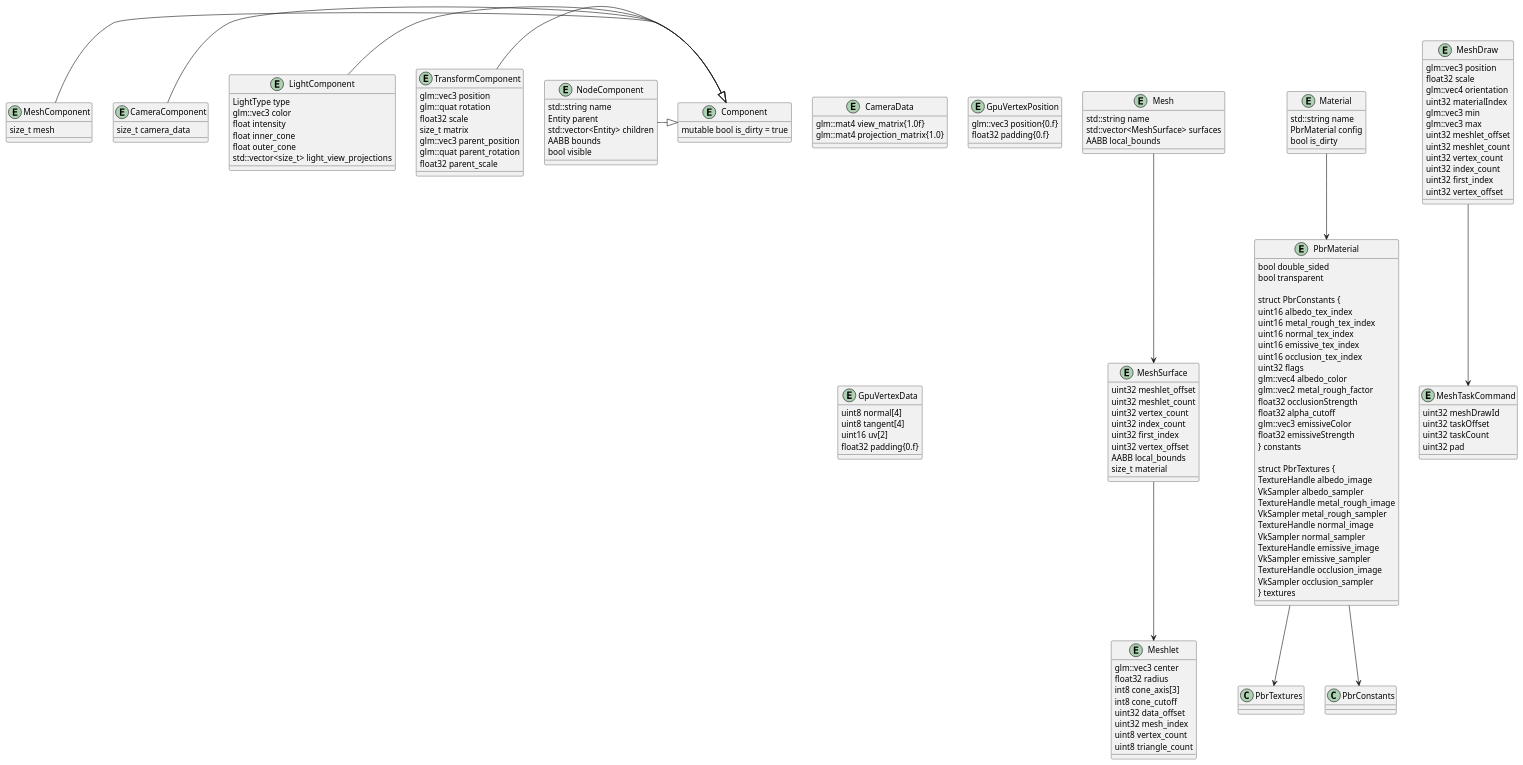
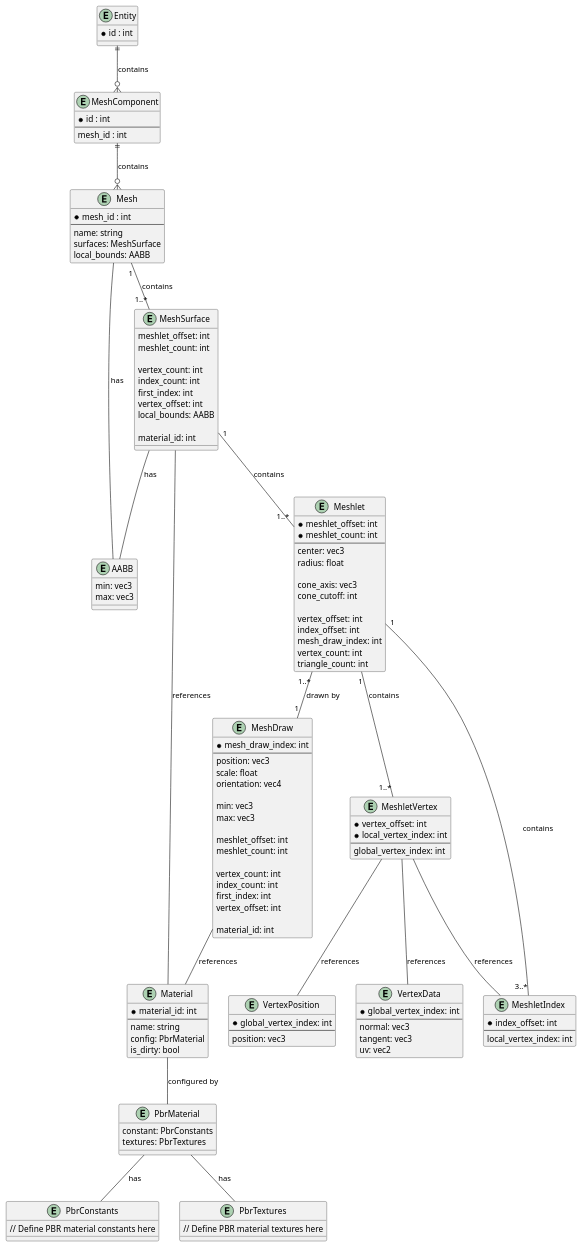
The diagram in source/gestalt/EntityRelations.puml (Masdaofdisasda/GestaltEngine), drawn with PlantUML before and after one commit. The commit also changed 1 other file, not shown here.

Commit message:
mesh shader fixed indexing

```diff
--- a/source/gestalt/EntityRelations.puml
+++ b/source/gestalt/EntityRelations.puml
@@ -1,161 +1,146 @@
 @startuml
 
-entity "Meshlet" {
-  glm::vec3 center
-  float32 radius
-  int8 cone_axis[3]
-  int8 cone_cutoff
-  uint32 data_offset
-  uint32 mesh_index
-  uint8 vertex_count
-  uint8 triangle_count
+entity Entity {
+    *id : int
 }
 
-entity "MeshSurface" {
-  uint32 meshlet_offset
-  uint32 meshlet_count
-  uint32 vertex_count
-  uint32 index_count
-  uint32 first_index
-  uint32 vertex_offset
-  AABB local_bounds
-  size_t material
+entity MeshComponent {
+    *id : int
+    --
+    mesh_id : int
 }
 
-entity "Component" {
-  mutable bool is_dirty = true
+entity Mesh {
+  *mesh_id : int
+  --
+  name: string
+  surfaces: MeshSurface
+  local_bounds: AABB
 }
 
-entity "MeshComponent" {
-  size_t mesh
+entity MeshSurface {
+  meshlet_offset: int
+  meshlet_count: int
+
+  vertex_count: int
+  index_count: int
+  first_index: int
+  vertex_offset: int
+  local_bounds: AABB
+  
+  material_id: int
 }
 
-entity "Mesh" {
-  std::string name
-  std::vector<MeshSurface> surfaces
-  AABB local_bounds
+entity AABB {
+  min: vec3
+  max: vec3
 }
 
-entity "CameraComponent" {
-  size_t camera_data
+entity Meshlet {
+  *meshlet_offset: int
+  *meshlet_count: int
+  --
+  center: vec3
+  radius: float
+  
+  cone_axis: vec3
+  cone_cutoff: int
+
+  vertex_offset: int
+  index_offset: int
+  mesh_draw_index: int
+  vertex_count: int
+  triangle_count: int
 }
 
-entity "CameraData" {
-  glm::mat4 view_matrix{1.0f}
-  glm::mat4 projection_matrix{1.0}
+entity MeshletVertex {
+  *vertex_offset: int
+  *local_vertex_index: int
+  --
+  global_vertex_index: int
 }
 
-entity "LightComponent" {
-  LightType type
-  glm::vec3 color
-  float intensity
-  float inner_cone
-  float outer_cone
-  std::vector<size_t> light_view_projections
+entity MeshletIndex {
+  *index_offset: int
+  --
+  local_vertex_index: int
 }
 
-entity "PbrMaterial" {
-  bool double_sided
-  bool transparent
-
-  struct PbrConstants {
-    uint16 albedo_tex_index
-    uint16 metal_rough_tex_index
-    uint16 normal_tex_index
-    uint16 emissive_tex_index
-    uint16 occlusion_tex_index
-    uint32 flags
-    glm::vec4 albedo_color
-    glm::vec2 metal_rough_factor
-    float32 occlusionStrength
-    float32 alpha_cutoff
-    glm::vec3 emissiveColor
-    float32 emissiveStrength
-  } constants
-
-  struct PbrTextures {
-    TextureHandle albedo_image
-    VkSampler albedo_sampler
-    TextureHandle metal_rough_image
-    VkSampler metal_rough_sampler
-    TextureHandle normal_image
-    VkSampler normal_sampler
-    TextureHandle emissive_image
-    VkSampler emissive_sampler
-    TextureHandle occlusion_image
-    VkSampler occlusion_sampler
-  } textures
+entity VertexPosition {
+  *global_vertex_index: int
+  --
+  position: vec3
 }
 
-entity "Material" {
-  std::string name
-  PbrMaterial config
-  bool is_dirty
+entity VertexData {
+  *global_vertex_index: int
+  --
+  normal: vec3
+  tangent: vec3
+  uv: vec2
 }
 
-entity "TransformComponent" {
-  glm::vec3 position
-  glm::quat rotation
-  float32 scale
-  size_t matrix
-  glm::vec3 parent_position
-  glm::quat parent_rotation
-  float32 parent_scale
+entity MeshDraw {
+  *mesh_draw_index: int
+  --
+  position: vec3
+  scale: float
+  orientation: vec4
+
+  min: vec3
+  max: vec3
+
+  meshlet_offset: int
+  meshlet_count: int
+
+  vertex_count: int
+  index_count: int
+  first_index: int
+  vertex_offset: int
+
+  material_id: int
 }
 
-entity "NodeComponent" {
-  std::string name
-  Entity parent
-  std::vector<Entity> children
-  AABB bounds
-  bool visible
+entity Material {
+  *material_id: int
+  --
+  name: string
+  config: PbrMaterial
+  is_dirty: bool
 }
 
-entity "GpuVertexPosition" {
-  glm::vec3 position{0.f}
-  float32 padding{0.f}
+entity PbrMaterial {
+  constant: PbrConstants
+  textures: PbrTextures
 }
 
-entity "GpuVertexData" {
-  uint8 normal[4]
-  uint8 tangent[4]
-  uint16 uv[2]
-  float32 padding{0.f}
+entity PbrConstants {
+    // Define PBR material constants here
 }
 
-entity "MeshDraw" {
-  glm::vec3 position
-  float32 scale
-  glm::vec4 orientation
-  uint32 materialIndex
-  glm::vec3 min
-  glm::vec3 max
-  uint32 meshlet_offset
-  uint32 meshlet_count
-  uint32 vertex_count
-  uint32 index_count
-  uint32 first_index
-  uint32 vertex_offset
+entity PbrTextures {
+    // Define PBR material textures here
 }
 
-entity "MeshTaskCommand" {
-  uint32 meshDrawId
-  uint32 taskOffset
-  uint32 taskCount
-  uint32 pad
-}
+' Define relationships (foreign keys)
+Entity ||--o{ MeshComponent : "contains"
+MeshComponent ||--o{ Mesh : "contains"
+Mesh -- AABB : "has"
+Mesh "1" -- "1..*" MeshSurface : "contains"
+MeshSurface -- AABB : "has"
+MeshSurface "1" -- "1..*" Meshlet : "contains"
+MeshSurface -- Material : "references"
+Meshlet "1" -- "1..*" MeshletVertex : "contains"
+Meshlet "1" -- "3..*" MeshletIndex : "contains"
+Meshlet "1..*"--"1" MeshDraw : "drawn by"
+MeshletVertex -- VertexPosition : "references"
+MeshletVertex -- MeshletIndex : "references"
+MeshletVertex -- VertexData : "references"
+MeshDraw -- Material : "references"
+Material -- PbrMaterial : "configured by"
+PbrMaterial -- PbrConstants : "has"
+PbrMaterial -- PbrTextures : "has"
 
-' Relationships
-Mesh --> MeshSurface
-MeshSurface --> Meshlet
-MeshComponent -|> Component
-CameraComponent -|> Component
-LightComponent -|> Component
-TransformComponent -|> Component
-NodeComponent -|> Component
-Material --> PbrMaterial
-PbrMaterial --> PbrTextures
-PbrMaterial --> PbrConstants
-MeshDraw --> MeshTaskCommand
+
 
 @enduml
```
